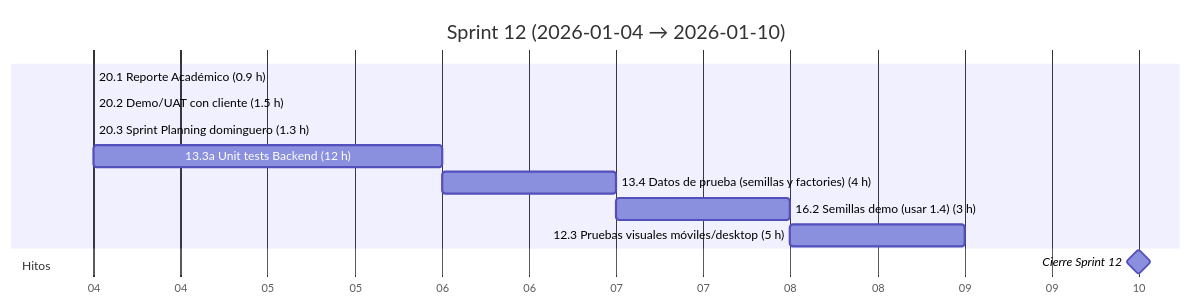
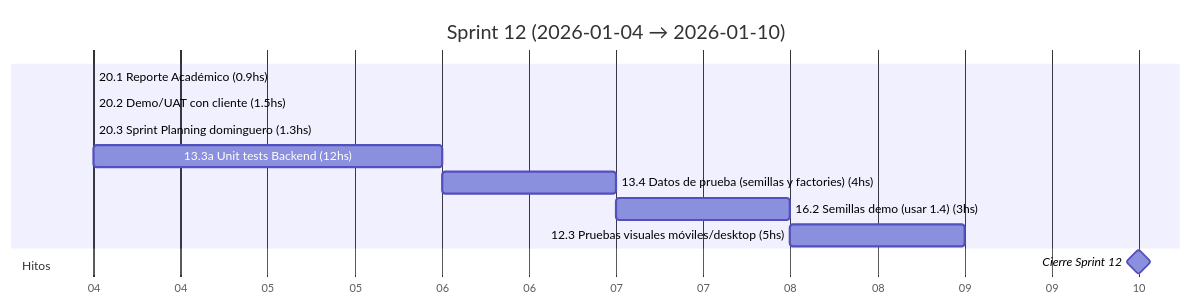
One commit to MarkMed/FleetMan changed diagram 13 of 17 in docs/SprintsGantts.md. Above: the diagram before and after it, drawn with Mermaid. The commit also changed other lines of this file, not shown here.

Commit message:
Update Gantt chart documentation to standardize time format from hours to hours (hs)

````diff
--- a/docs/SprintsGantts.md
+++ b/docs/SprintsGantts.md
@@ -318,19 +317,19 @@
 ```mermaid
 gantt
   title Sprint 12 (2026-01-04 → 2026-01-10)
   dateFormat  YYYY-MM-DD
   axisFormat  %d
 
   %% Asumimos 5 h/día. Horas estimadas incluidas en el nombre.
 
-  20.1 Reporte Académico (0.9 h)               :t201, 2026-01-04, 0.2d
-  20.2 Demo/UAT con cliente (1.5 h)            :t202, after t201, 0.3d
-  20.3 Sprint Planning dominguero (1.3 h)      :t203, after t202, 0.3d
-  13.3a Unit tests Backend (12 h)              :t133a, after t203, 2.4d
-  13.4 Datos de prueba (semillas y factories) (4 h) :t134, after t133a, 0.8d
-  16.2 Semillas demo (usar 1.4) (3 h)          :t162, after t134, 0.6d
-  12.3 Pruebas visuales móviles/desktop (5 h)  :t123, after t162, 1d
+  20.1 Reporte Académico (0.9hs)               :t201, 2026-01-04, 0.2d
+  20.2 Demo/UAT con cliente (1.5hs)            :t202, after t201, 0.3d
+  20.3 Sprint Planning dominguero (1.3hs)      :t203, after t202, 0.3d
+  13.3a Unit tests Backend (12hs)              :t133a, after t203, 2.4d
+  13.4 Datos de prueba (semillas y factories) (4hs) :t134, after t133a, 0.8d
+  16.2 Semillas demo (usar 1.4) (3hs)          :t162, after t134, 0.6d
+  12.3 Pruebas visuales móviles/desktop (5hs)  :t123, after t162, 1d
 
   section Hitos
   Cierre Sprint 12                             :milestone, s12, 2026-01-10, 0d
 ```
````
